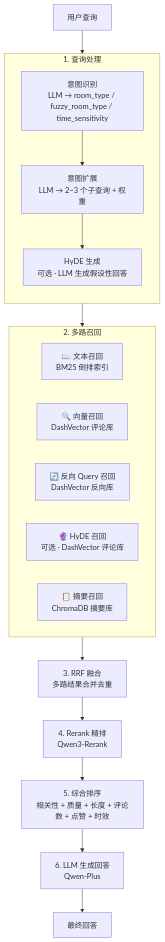
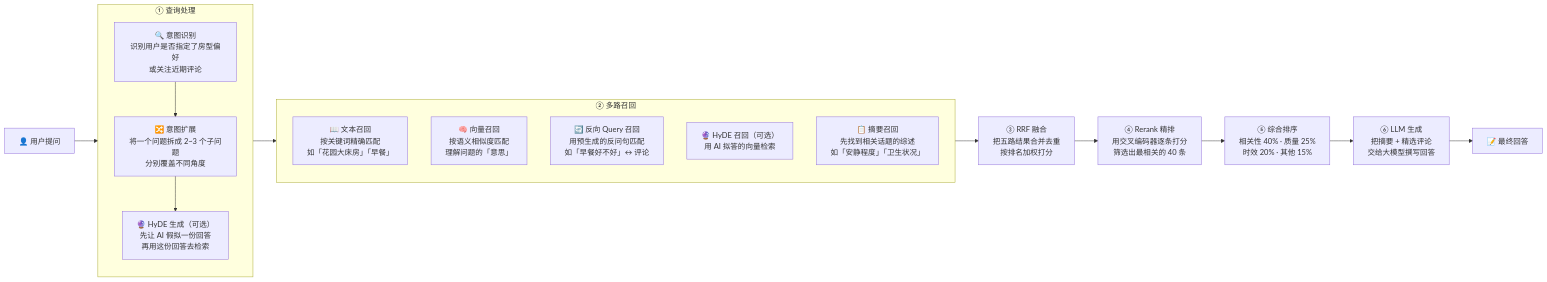
The first of 3 diagrams in README.md (0xb3i/intelligent-conversational-ai), drawn with Mermaid before and after one commit. The commit also changed other lines of this file, not shown here.

Commit message:
优化架构图：横竖结合排版 + 读者友好的描述

````diff
--- a/README.md
+++ b/README.md
@@ -9,29 +9,29 @@
 ```mermaid
-flowchart TD
-    Q[用户查询] --> QP[查询处理模块]
+flowchart LR
+    Q[👤 用户提问] --> QP
 
-    subgraph QP [1. 查询处理]
+    subgraph QP [① 查询处理]
         direction TB
-        Q1[意图识别<br/>LLM → room_type / fuzzy_room_type / time_sensitivity]
-        Q2[意图扩展<br/>LLM → 2~3 个子查询 + 权重]
-        Q3[HyDE 生成<br/>可选 · LLM 生成假设性回答]
+        Q1["🔍 意图识别<br/>识别用户是否指定了房型偏好<br/>或关注近期评论"]
+        Q2["🔀 意图扩展<br/>将一个问题拆成 2~3 个子问题<br/>分别覆盖不同角度"]
+        Q3["🔮 HyDE 生成（可选）<br/>先让 AI 假拟一份回答<br/>再用这份回答去检索"]
         Q1 --> Q2 --> Q3
     end
 
-    QP --> RC[多路召回模块]
+    QP --> RC
 
-    subgraph RC [2. 多路召回]
-        direction LR
-        R1[📖 文本召回<br/>BM25 倒排索引]
-        R2[🔍 向量召回<br/>DashVector 评论库]
-        R3[🔄 反向 Query 召回<br/>DashVector 反向库]
-        R4[🔮 HyDE 召回<br/>可选 · DashVector 评论库]
-        R5[📋 摘要召回<br/>ChromaDB 摘要库]
+    subgraph RC [② 多路召回]
+        direction TB
+        R1["📖 文本召回<br/>按关键词精确匹配<br/>如「花园大床房」「早餐」"]
+        R2["🧠 向量召回<br/>按语义相似度匹配<br/>理解问题的「意思」"]
+        R3["🔄 反向 Query 召回<br/>用预生成的反问句匹配<br/>如「早餐好不好」↔ 评论"]
+        R4["🔮 HyDE 召回（可选）<br/>用 AI 拟答的向量检索"]
+        R5["📋 摘要召回<br/>先找到相关话题的综述<br/>如「安静程度」「卫生状况」"]
     end
 
-    RC --> RRF[3. RRF 融合<br/>多路结果合并去重]
-    RRF --> RK[4. Rerank 精排<br/>Qwen3-Rerank]
-    RK --> CS[5. 综合排序<br/>相关性 + 质量 + 长度 + 评论数 + 点赞 + 时效]
-    CS --> LLM[6. LLM 生成回答<br/>Qwen-Plus]
-    LLM --> A[最终回答]
+    RC --> FUSION["③ RRF 融合<br/>把五路结果合并去重<br/>按排名加权打分"]
+    FUSION --> RERANK["④ Rerank 精排<br/>用交叉编码器逐条打分<br/>筛选出最相关的 40 条"]
+    RERANK --> SORT["⑤ 综合排序<br/>相关性 40% · 质量 25%<br/>时效 20% · 其他 15%"]
+    SORT --> GEN["⑥ LLM 生成<br/>把摘要 + 精选评论<br/>交给大模型撰写回答"]
+    GEN --> A["📝 最终回答"]
 ```
````
